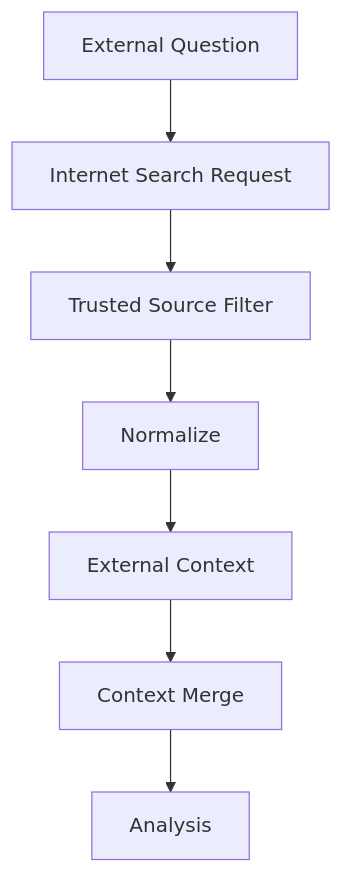
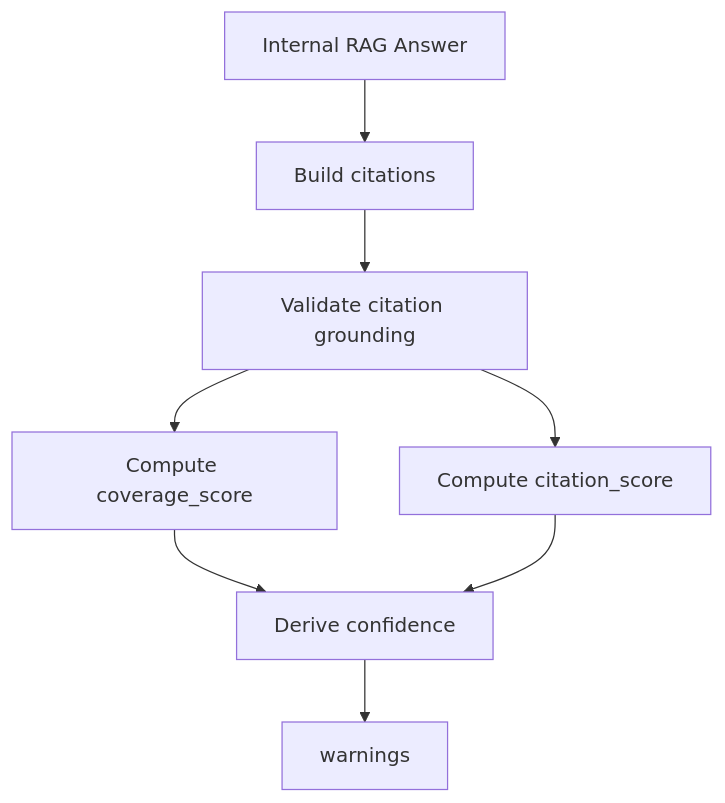
Before and after one commit to kurekako2017/vscode_study: diagram 32 of 58 in ai-lab/ai-learn/retail-insight-ai/docs/ai-agent-retail-handbook-v3/docs/ARCHITECTURE.md, drawn with Mermaid. The commit also changed other lines of this file and 20 other files, not shown here.

````diff
--- a/ai-lab/ai-learn/retail-insight-ai/docs/ai-agent-retail-handbook-v3/docs/ARCHITECTURE.md
+++ b/ai-lab/ai-learn/retail-insight-ai/docs/ai-agent-retail-handbook-v3/docs/ARCHITECTURE.md
@@ -864,9 +954,10 @@
 ```mermaid
 flowchart TD
-    A[External Question] --> B[Internet Search Request]
-    B --> C[Trusted Source Filter]
-    C --> D[Normalize]
-    D --> E[External Context]
-    E --> F[Context Merge]
-    F --> G[Analysis]
+    A[Internal RAG Answer] --> B[Build citations]
+    B --> C[Validate citation grounding]
+    C --> D[Compute coverage_score]
+    C --> E[Compute citation_score]
+    D --> F[Derive confidence]
+    E --> F
+    F --> G[warnings]
 ```
````
